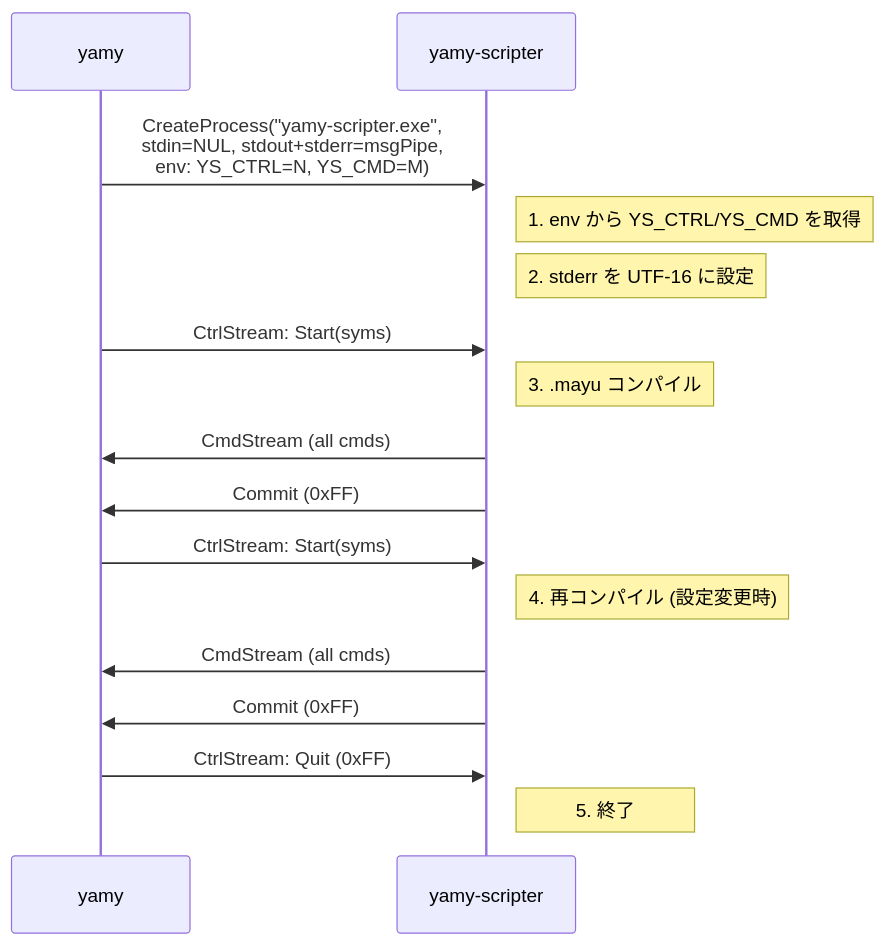
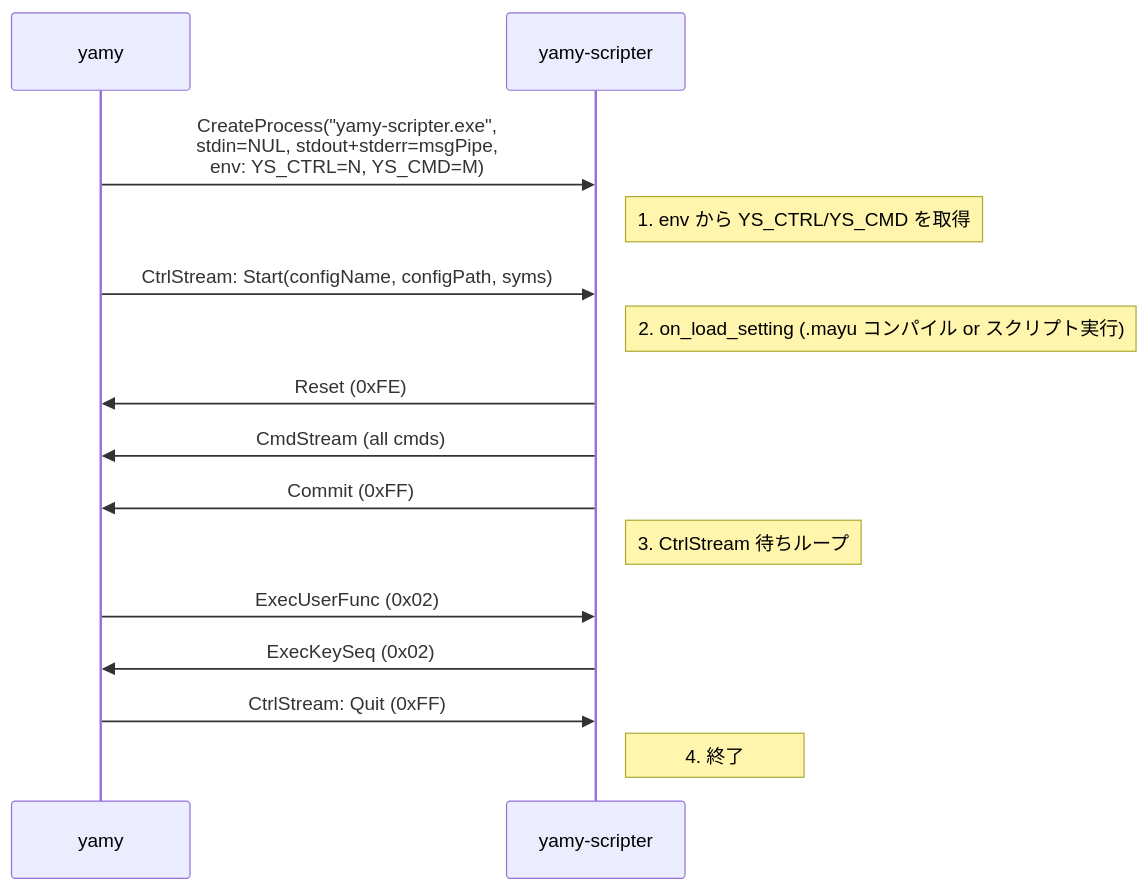
Before and after one commit to vmi/nyamy: the first of 2 diagrams in doc/scripter-design/protocol.md, drawn with Mermaid. The commit also changed other lines of this file and 10 other files, not shown here.

````diff
--- a/doc/scripter-design/protocol.md
+++ b/doc/scripter-design/protocol.md
@@ -201,19 +208,18 @@
 ```mermaid
 sequenceDiagram
     participant yamy
     participant scripter as yamy-scripter
 
     yamy->>scripter: CreateProcess("yamy-scripter.exe",<br/>stdin=NUL, stdout+stderr=msgPipe,<br/>env: YS_CTRL=N, YS_CMD=M)
     Note right of scripter: 1. env から YS_CTRL/YS_CMD を取得
-    Note right of scripter: 2. stderr を UTF-16 に設定
-    yamy->>scripter: CtrlStream: Start(syms)
-    Note right of scripter: 3. .mayu コンパイル
+    yamy->>scripter: CtrlStream: Start(configName, configPath, syms)
+    Note right of scripter: 2. on_load_setting (.mayu コンパイル or スクリプト実行)
+    scripter->>yamy: Reset (0xFE)
     scripter->>yamy: CmdStream (all cmds)
     scripter->>yamy: Commit (0xFF)
-    yamy->>scripter: CtrlStream: Start(syms)
-    Note right of scripter: 4. 再コンパイル (設定変更時)
-    scripter->>yamy: CmdStream (all cmds)
-    scripter->>yamy: Commit (0xFF)
+    Note right of scripter: 3. CtrlStream 待ちループ
+    yamy->>scripter: ExecUserFunc (0x02)
+    scripter->>yamy: ExecKeySeq (0x02)
     yamy->>scripter: CtrlStream: Quit (0xFF)
-    Note right of scripter: 5. 終了
+    Note right of scripter: 4. 終了
 ```
````
